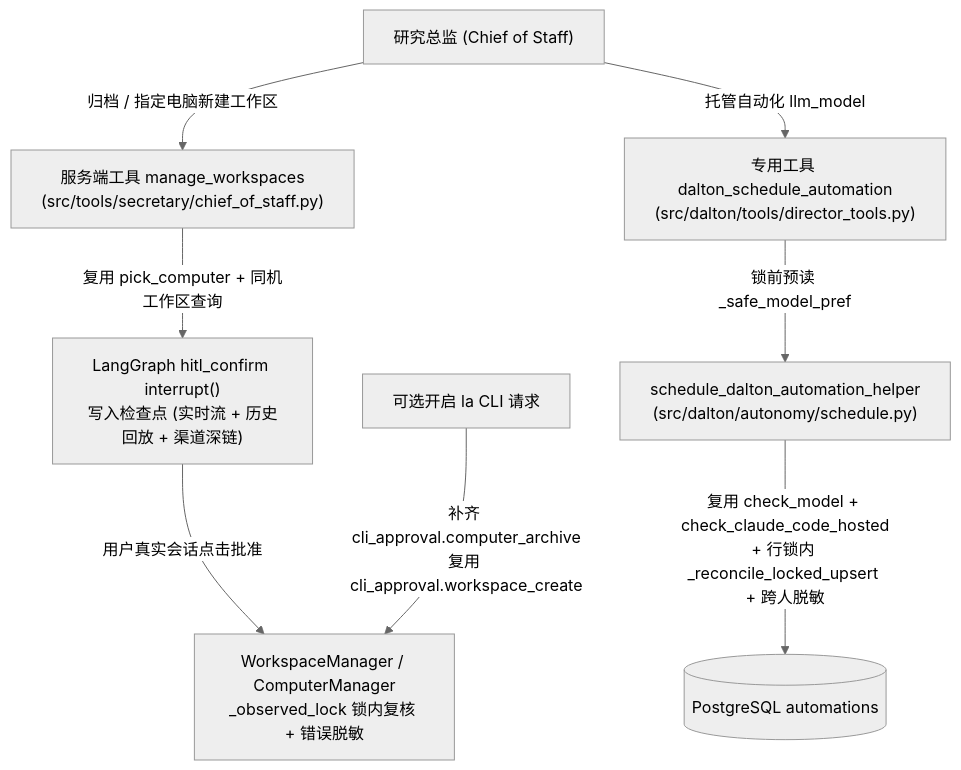
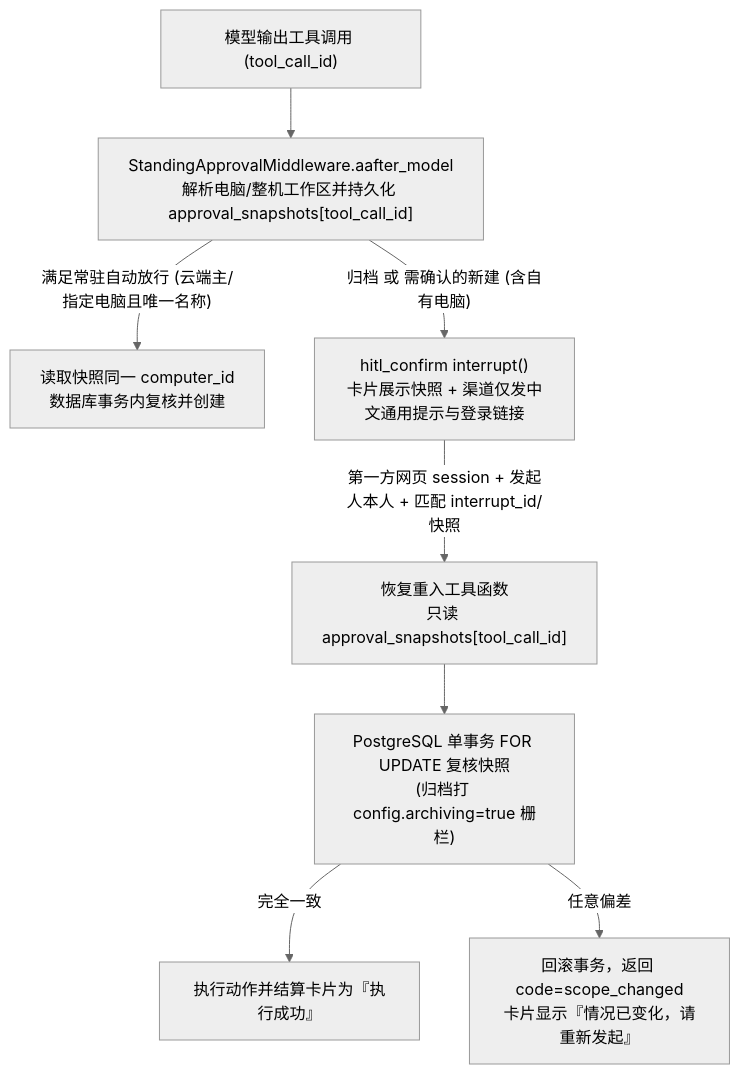
One commit to everflowinv/dalton-langalpha changed the diagram in docs/dalton/features/cos-settings-tools.md. Above: the diagram before and after it, drawn with Mermaid (neutral theme). The commit also changed other lines of this file, not shown here.

Commit message:
docs(cos): settings tools design r2: persisted snapshots, DB fence for archive, first-party confirmations, catalog-only cross-person models

````diff
--- a/docs/dalton/features/cos-settings-tools.md
+++ b/docs/dalton/features/cos-settings-tools.md
@@ -64,13 +85,10 @@
 ```mermaid
 flowchart TD
-    CoS["研究总监 (Chief of Staff)"] -->|"归档 / 指定电脑新建工作区"| MW["服务端工具 manage_workspaces<br/>(src/tools/secretary/chief_of_staff.py)"]
-    CoS -->|"托管自动化 llm_model"| DSA["专用工具 dalton_schedule_automation<br/>(src/dalton/tools/director_tools.py)"]
-
-    MW -->|"复用 pick_computer + 同机工作区查询"| HITL["LangGraph hitl_confirm interrupt()<br/>写入检查点 (实时流 + 历史回放 + 渠道深链)"]
-    HITL -->|"用户真实会话点击批准"| WM["WorkspaceManager / ComputerManager<br/>_observed_lock 锁内复核 + 错误脱敏"]
-
-    LA["可选开启 la CLI 请求"] -->|"补齐 cli_approval.computer_archive<br/>复用 cli_approval.workspace_create"| WM
-
-    DSA -->|"锁前预读 _safe_model_pref"| SCH["schedule_dalton_automation_helper<br/>(src/dalton/autonomy/schedule.py)"]
-    SCH -->|"复用 check_model + check_claude_code_hosted<br/>+ 行锁内 _reconcile_locked_upsert + 跨人脱敏"| DB[("PostgreSQL automations")]
+    M["模型输出工具调用 (tool_call_id)"] --> MW["StandingApprovalMiddleware.aafter_model<br/>解析电脑/整机工作区并持久化 approval_snapshots[tool_call_id]"]
+    MW -->|"满足常驻自动放行 (云端主/指定电脑且唯一名称)"| EXEC_CREATE["读取快照同一 computer_id<br/>数据库事务内复核并创建"]
+    MW -->|"归档 或 需确认的新建 (含自有电脑)"| INT["hitl_confirm interrupt()<br/>卡片展示快照 + 渠道仅发中文通用提示与登录链接"]
+    INT -->|"第一方网页 session + 发起人本人 + 匹配 interrupt_id/快照"| RESUME["恢复重入工具函数<br/>只读 approval_snapshots[tool_call_id]"]
+    RESUME --> TX["PostgreSQL 单事务 FOR UPDATE 复核快照<br/>(归档打 config.archiving=true 栅栏)"]
+    TX -->|"完全一致"| DONE["执行动作并结算卡片为『执行成功』"]
+    TX -->|"任意偏差"| ABORT["回滚事务，返回 code=scope_changed<br/>卡片显示『情况已变化，请重新发起』"]
 ```
````
